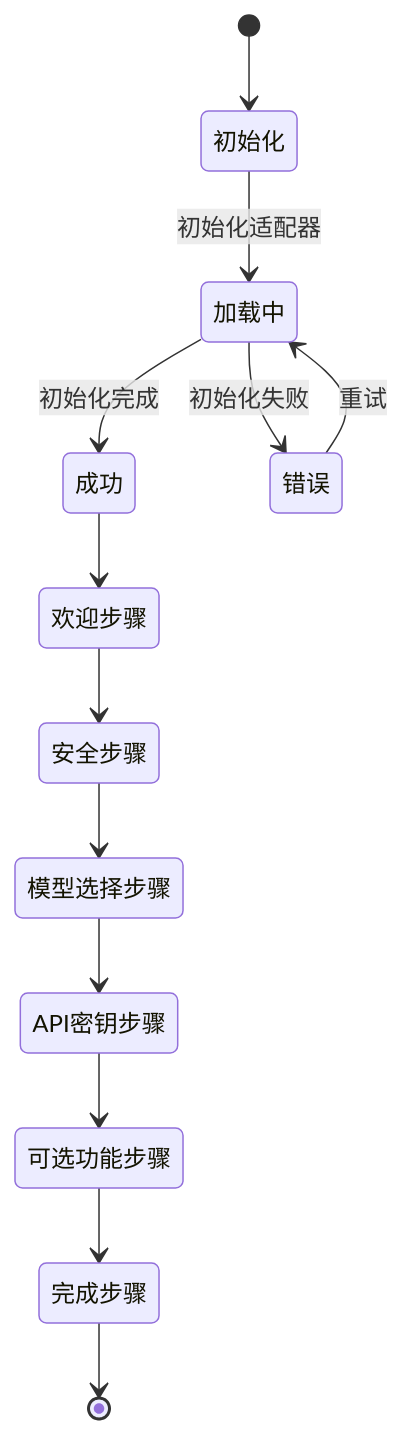
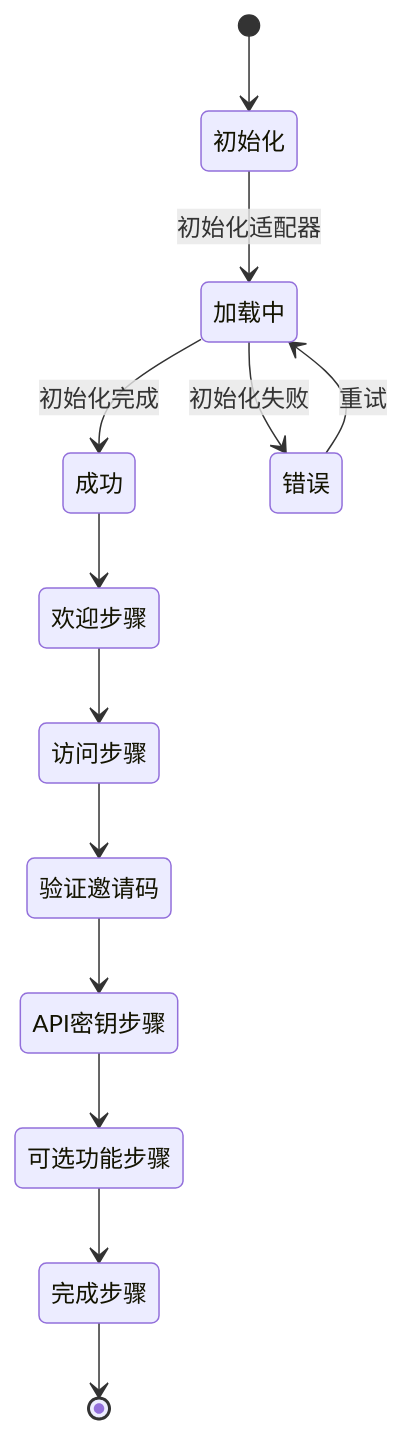
Before and after one commit to verse-ai-org/openclaw: the seventh of 9 diagrams in .qoder/repowiki/zh/content/设置向导适配器.md, drawn with Mermaid. The commit also changed other lines of this file and 24 other files, not shown here.

````diff
--- a/.qoder/repowiki/zh/content/设置向导适配器.md
+++ b/.qoder/repowiki/zh/content/设置向导适配器.md
@@ -290,15 +330,15 @@
 ```mermaid
 stateDiagram-v2
 [*] --> 初始化
 初始化 --> 加载中 : 初始化适配器
 加载中 --> 成功 : 初始化完成
 加载中 --> 错误 : 初始化失败
 成功 --> 欢迎步骤
-欢迎步骤 --> 安全步骤
-安全步骤 --> 模型选择步骤
-模型选择步骤 --> API密钥步骤
+欢迎步骤 --> 访问步骤
+访问步骤 --> 验证邀请码
+验证邀请码 --> API密钥步骤
 API密钥步骤 --> 可选功能步骤
 可选功能步骤 --> 完成步骤
 完成步骤 --> [*]
 错误 --> 加载中 : 重试
 ```
````
